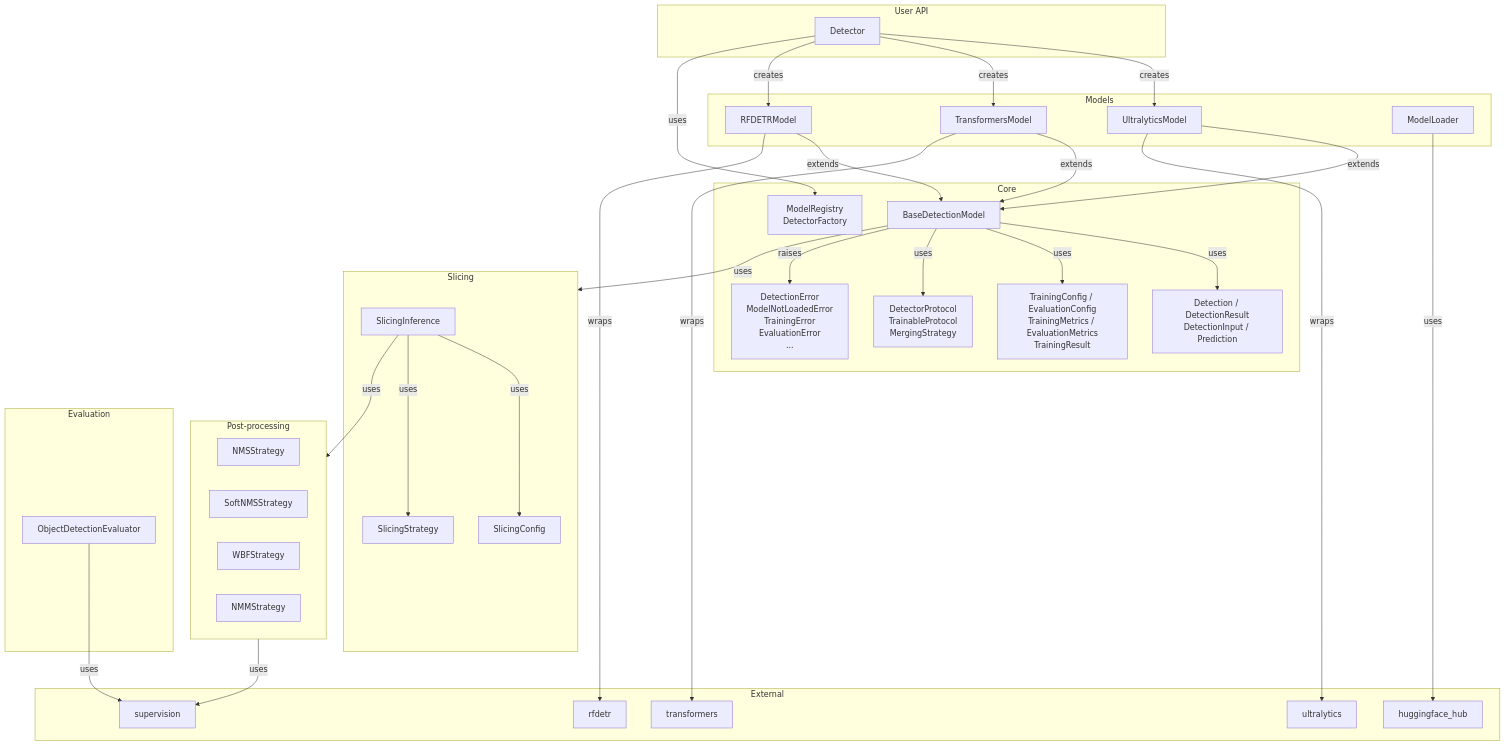
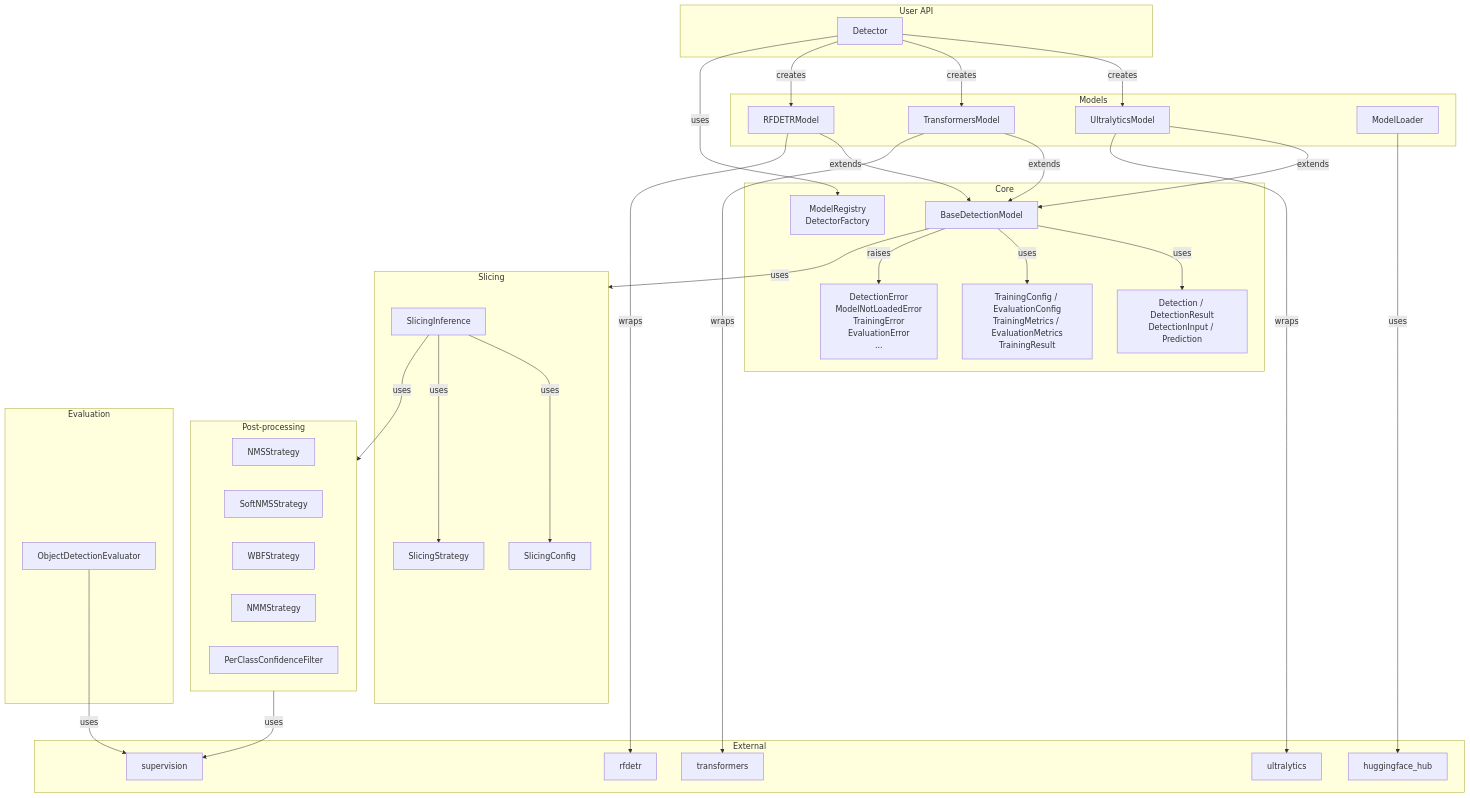
Before and after one commit to Black-Bee-Drones/nectar-sdk: the first of 5 diagrams in nectar/nectar/ai/detection/README.md, drawn with Mermaid. The commit also changed other lines of this file and 1 other file, not shown here.

Commit message:
refactor: remove unused protocols and update README with new post-processing strategies

````diff
--- a/nectar/nectar/ai/detection/README.md
+++ b/nectar/nectar/ai/detection/README.md
@@ -7,74 +7,73 @@
 ```mermaid
 flowchart TB
     subgraph API["User API"]
         Detector["Detector"]
     end
 
     subgraph Core["Core"]
         BDM["BaseDetectionModel"]
         Types["Detection / DetectionResult<br/>DetectionInput / Prediction"]
         Configs["TrainingConfig / EvaluationConfig<br/>TrainingMetrics / EvaluationMetrics<br/>TrainingResult"]
-        Protocols["DetectorProtocol<br/>TrainableProtocol<br/>MergingStrategy"]
         Registry["ModelRegistry<br/>DetectorFactory"]
         Exceptions["DetectionError<br/>ModelNotLoadedError<br/>TrainingError<br/>EvaluationError<br/>..."]
     end
 
     subgraph Models["Models"]
         UM["UltralyticsModel"]
         TM["TransformersModel"]
         RM["RFDETRModel"]
         ML["ModelLoader"]
     end
 
     subgraph Slicing["Slicing"]
         SI["SlicingInference"]
         SC["SlicingConfig"]
         SS["SlicingStrategy"]
     end
 
     subgraph PostProcess["Post-processing"]
         NMS["NMSStrategy"]
         SoftNMS["SoftNMSStrategy"]
         WBF["WBFStrategy"]
         NMM["NMMStrategy"]
+        PCF["PerClassConfidenceFilter"]
     end
 
     subgraph Evaluation["Evaluation"]
         ODE["ObjectDetectionEvaluator"]
     end
 
     subgraph External["External"]
         YOLO["ultralytics"]
         HF["transformers"]
         RF["rfdetr"]
         SV["supervision"]
         HFH["huggingface_hub"]
     end
 
     Detector -->|creates| UM
     Detector -->|creates| TM
     Detector -->|creates| RM
     Detector -->|uses| Registry
 
     UM -->|extends| BDM
     TM -->|extends| BDM
     RM -->|extends| BDM
 
     BDM -->|uses| Types
     BDM -->|uses| Configs
-    BDM -->|uses| Protocols
     BDM -->|uses| Slicing
     BDM -->|raises| Exceptions
 
     SI -->|uses| SC
     SI -->|uses| SS
     SI -->|uses| PostProcess
 
     UM -->|wraps| YOLO
     TM -->|wraps| HF
     RM -->|wraps| RF
 
     ODE -->|uses| SV
     PostProcess -->|uses| SV
     ML -->|uses| HFH
 ```
````
